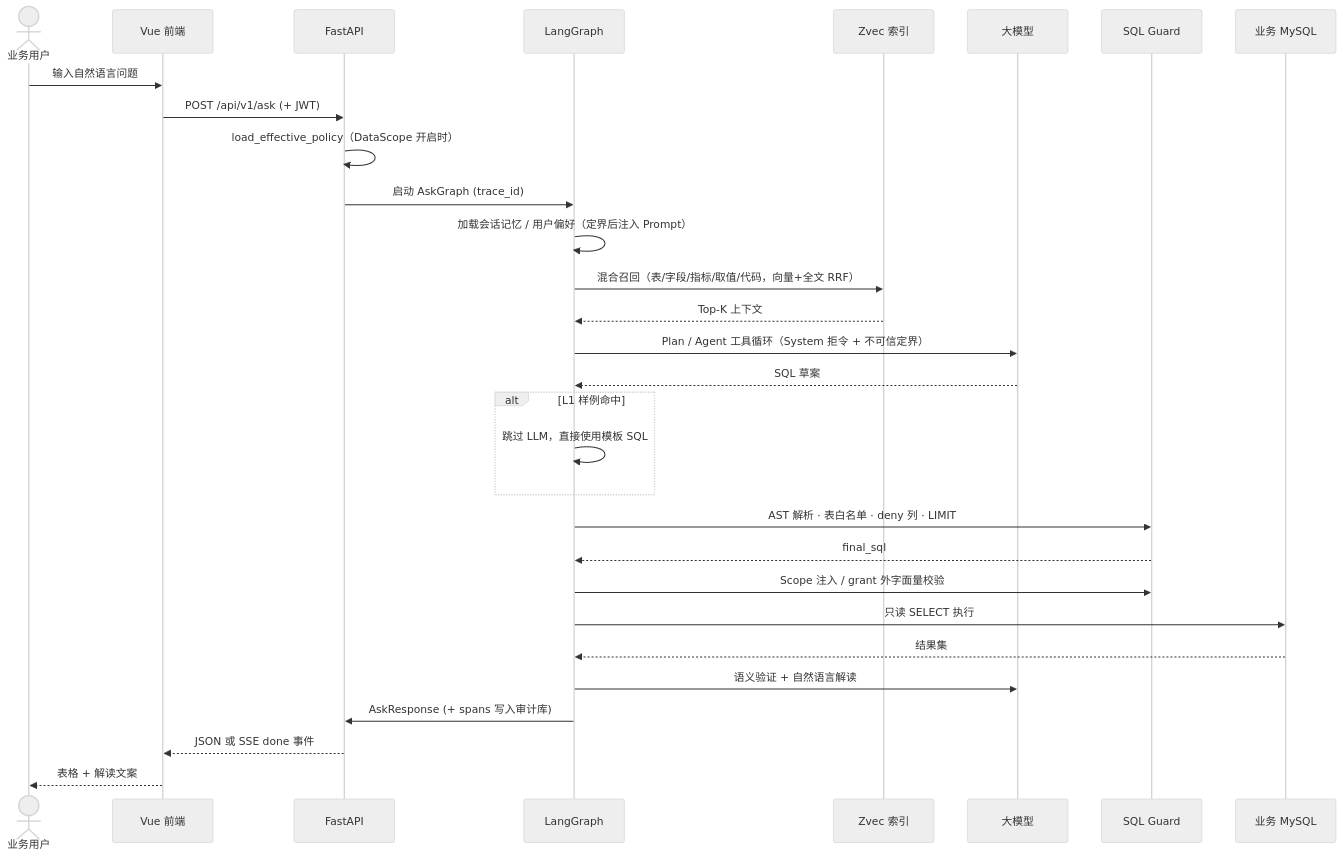
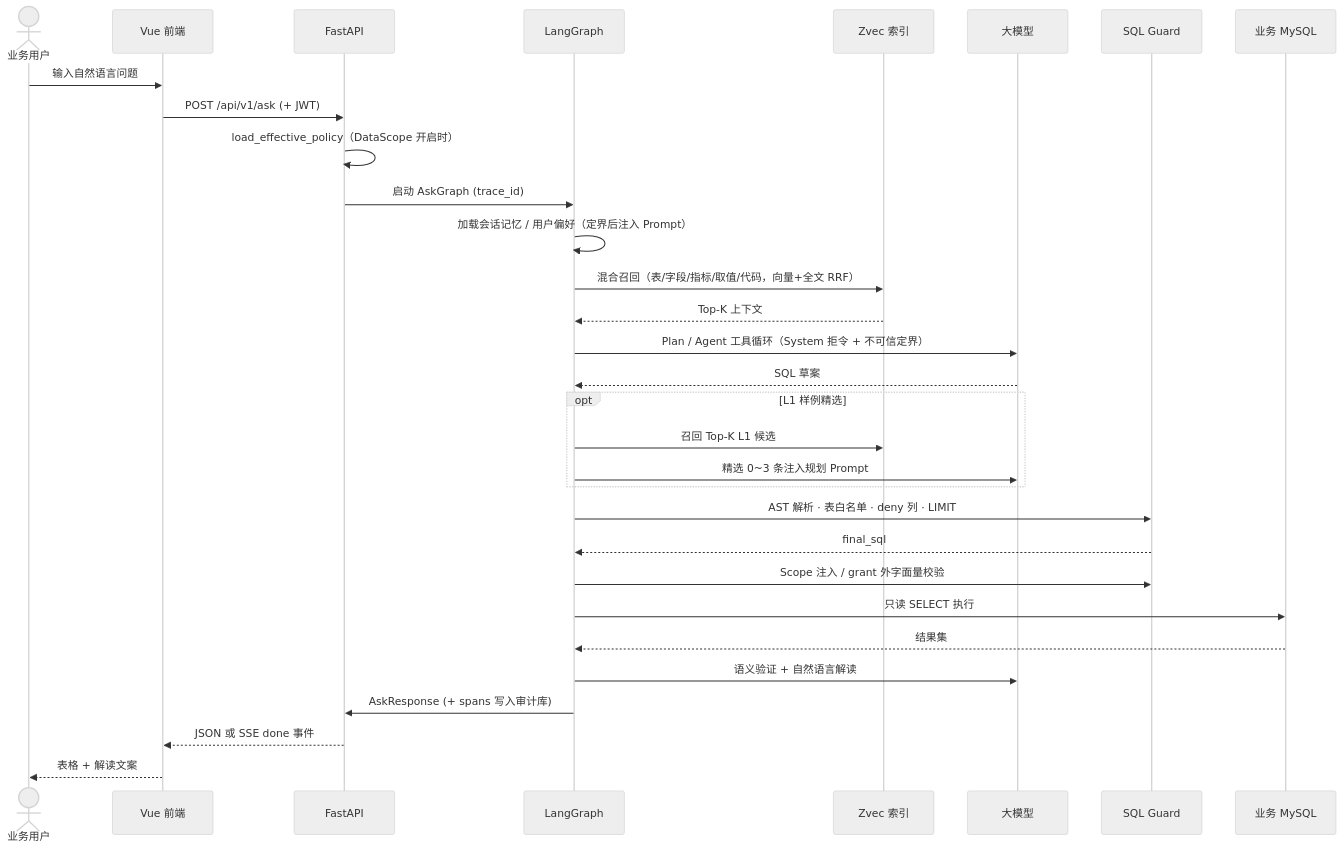
Before and after one commit to yanqiuping110-cloud/xb-data-copilot-bot: the third of 5 diagrams in README.md, drawn with Mermaid (neutral theme). The commit also changed other lines of this file and 68 other files, not shown here.

First line of the commit message:
Add L1 KB recall pipeline, ask stream timeline UI, and README showcase.

````diff
--- a/README.md
+++ b/README.md
@@ -162,36 +177,37 @@
 ```mermaid
 sequenceDiagram
     actor User as 业务用户
     participant FE as Vue 前端
     participant API as FastAPI
     participant Graph as LangGraph
     participant Zvec as Zvec 索引
     participant LLM as 大模型
     participant Guard as SQL Guard
     participant DB as 业务 MySQL
 
     User->>FE: 输入自然语言问题
     FE->>API: POST /api/v1/ask (+ JWT)
     API->>API: load_effective_policy（DataScope 开启时）
     API->>Graph: 启动 AskGraph (trace_id)
 
     Graph->>Graph: 加载会话记忆 / 用户偏好（定界后注入 Prompt）
     Graph->>Zvec: 混合召回（表/字段/指标/取值/代码，向量+全文 RRF）
     Zvec-->>Graph: Top-K 上下文
     Graph->>LLM: Plan / Agent 工具循环（System 拒令 + 不可信定界）
     LLM-->>Graph: SQL 草案
 
-    alt L1 样例命中
-        Graph->>Graph: 跳过 LLM，直接使用模板 SQL
+    opt L1 样例精选
+        Graph->>Zvec: 召回 Top-K L1 候选
+        Graph->>LLM: 精选 0~3 条注入规划 Prompt
     end
 
     Graph->>Guard: AST 解析 · 表白名单 · deny 列 · LIMIT
     Guard-->>Graph: final_sql
     Graph->>Guard: Scope 注入 / grant 外字面量校验
     Graph->>DB: 只读 SELECT 执行
     DB-->>Graph: 结果集
     Graph->>LLM: 语义验证 + 自然语言解读
     Graph->>API: AskResponse (+ spans 写入审计库)
     API-->>FE: JSON 或 SSE done 事件
     FE-->>User: 表格 + 解读文案
 ```
````
